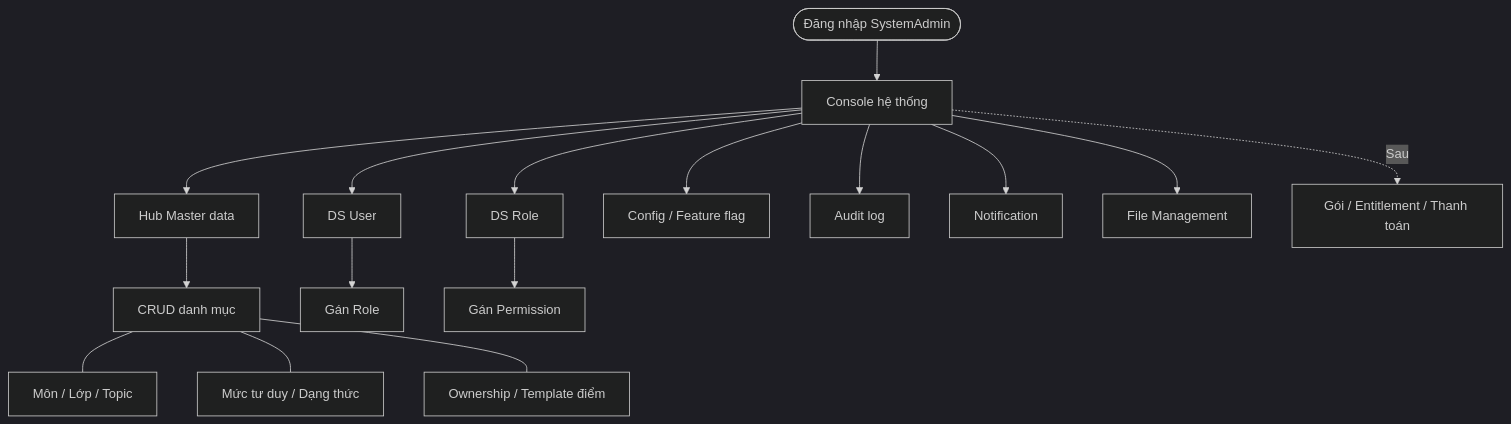
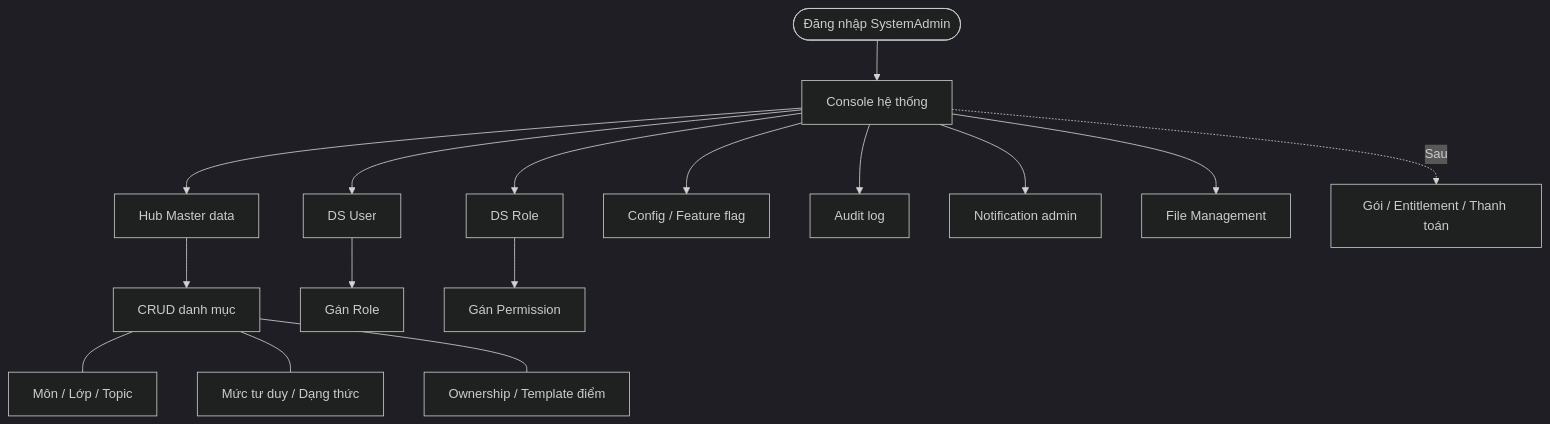
Before and after one commit to ANPHANVAN/educationGarena: the second of 2 diagrams in docs/BA/BA Demo/13-Luong-man-hinh-va-chuc-nang.md, drawn with Mermaid (dark theme). The commit also changed other lines of this file, not shown here.

````diff
--- a/docs/BA/BA Demo/13-Luong-man-hinh-va-chuc-nang.md
+++ b/docs/BA/BA Demo/13-Luong-man-hinh-va-chuc-nang.md
@@ -88,21 +116,21 @@
 ```mermaid
 flowchart TB
   Login([Đăng nhập SystemAdmin]) --> Console[Console hệ thống]
 
   Console --> Hub[Hub Master data]
   Hub --> CRUD[CRUD danh mục]
   CRUD --- MD1[Môn / Lớp / Topic]
   CRUD --- MD2[Mức tư duy / Dạng thức]
   CRUD --- MD3[Ownership / Template điểm]
 
   Console --> Users[DS User]
   Users --> AssignRole[Gán Role]
   Console --> Roles[DS Role]
   Roles --> AssignPerm[Gán Permission]
 
   Console --> Config[Config / Feature flag]
   Console --> Audit[Audit log]
-  Console --> Notif[Notification]
+  Console --> NotifAdmin[Notification admin]
   Console --> Files[File Management]
   Console -.->|Sau| Billing[Gói / Entitlement / Thanh toán]
 ```
````
